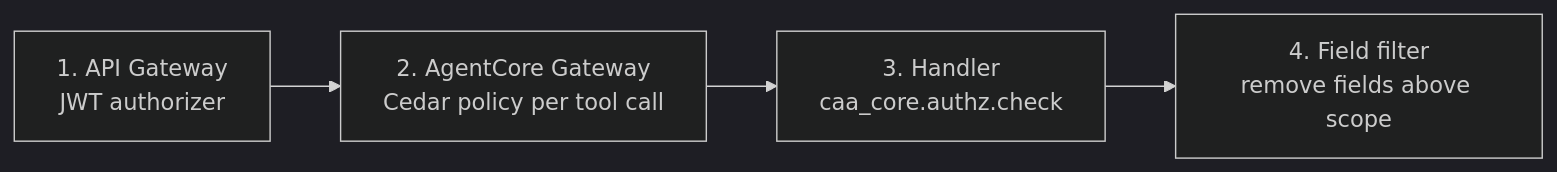
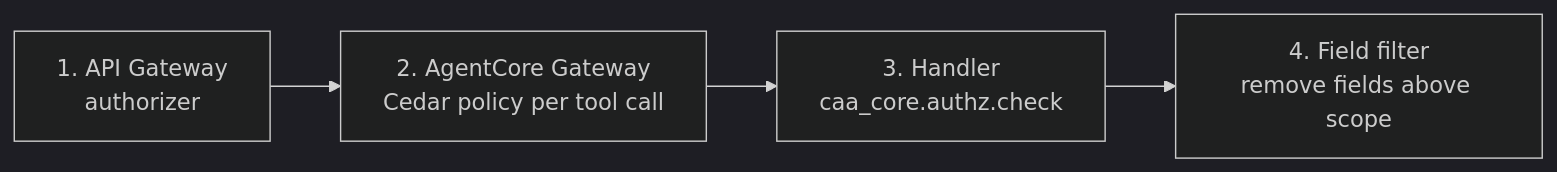
One commit to pranavkulkarni1012/agentic-consumer-journey changed the diagram in docs/07-security-and-governance.md. Above: the diagram before and after it, drawn with Mermaid (dark theme). The commit also changed other lines of this file and 21 other files, not shown here.

````diff
--- a/docs/07-security-and-governance.md
+++ b/docs/07-security-and-governance.md
@@ -45,6 +45,6 @@
 ```mermaid
 flowchart LR
-    A[1. API Gateway<br/>JWT authorizer] --> B[2. AgentCore Gateway<br/>Cedar policy per tool call]
+    A[1. API Gateway<br/>authorizer] --> B[2. AgentCore Gateway<br/>Cedar policy per tool call]
     B --> C[3. Handler<br/>caa_core.authz.check]
     C --> D[4. Field filter<br/>remove fields above scope]
 ```
````
